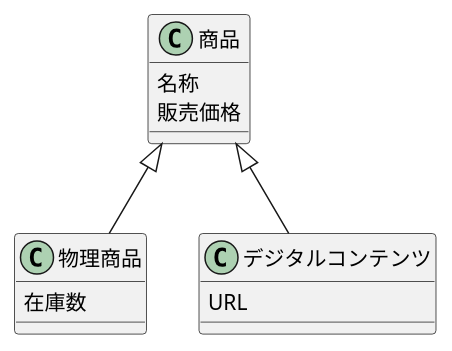
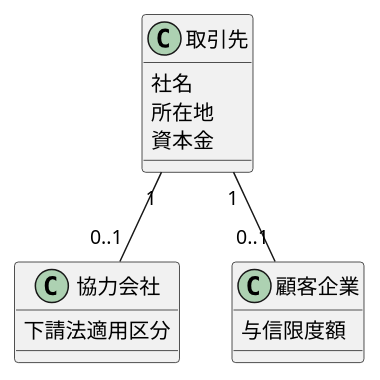
Before and after one commit to yinm/uml-modeling-lesson: the diagram in ch03/sample.puml, drawn with PlantUML.

Commit message:
Add lesson7

```diff
--- a/ch03/sample.puml
+++ b/ch03/sample.puml
@@ -1,19 +1,20 @@
 @startuml
 
-class 商品 {
-  名称
-  販売価格
+class 取引先 {
+  社名
+  所在地
+  資本金
 }
 
-class 物理商品 {
-  在庫数
+class 協力会社 {
+  下請法適用区分
 }
 
-class デジタルコンテンツ {
-  URL
+class 顧客企業 {
+  与信限度額
 }
 
-商品 <|-- 物理商品
-商品 <|-- デジタルコンテンツ
+取引先 "1"--"0..1" 協力会社
+取引先 "1"--"0..1" 顧客企業
 
 @enduml
```
